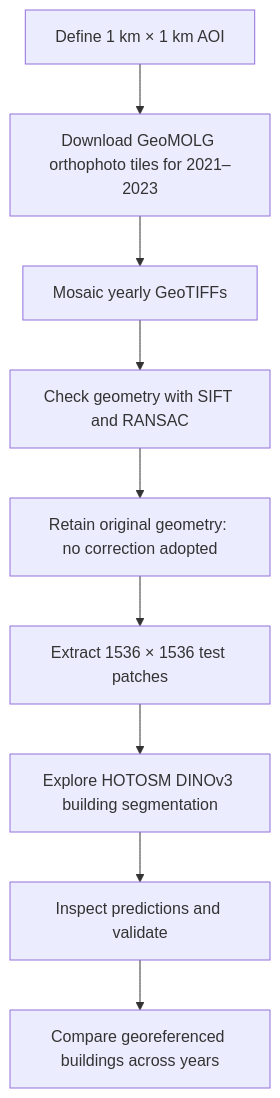
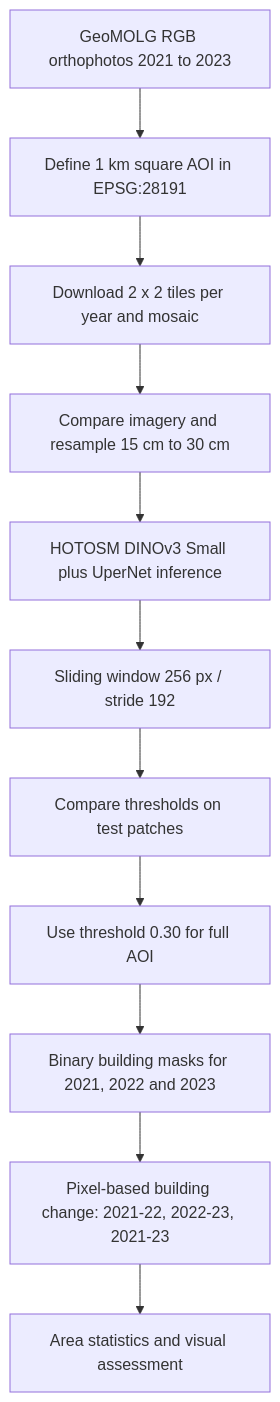
Before and after one commit to tommihab/Hebron-Analysis-Earth-Observation: the diagram in docs/workflows/khirbet_orthophoto_workflow.md, drawn with Mermaid. The commit also changed other lines of this file and 16 other files, not shown here.

````diff
--- a/docs/workflows/khirbet_orthophoto_workflow.md
+++ b/docs/workflows/khirbet_orthophoto_workflow.md
@@ -5,11 +5,13 @@
 ```mermaid
 flowchart TD
-  A[Define 1 km × 1 km AOI] --> B[Download GeoMOLG orthophoto tiles for 2021–2023]
-  B --> C[Mosaic yearly GeoTIFFs]
-  C --> D[Check geometry with SIFT and RANSAC]
-  D --> E[Retain original geometry: no correction adopted]
-  E --> F[Extract 1536 × 1536 test patches]
-  F --> G[Explore HOTOSM DINOv3 building segmentation]
-  G --> H[Inspect predictions and validate]
-  H --> I[Compare georeferenced buildings across years]
+    A[GeoMOLG RGB orthophotos 2021 to 2023] --> B[Define 1 km square AOI in EPSG:28191]
+    B --> C[Download 2 x 2 tiles per year and mosaic]
+    C --> D[Compare imagery and resample 15 cm to 30 cm]
+    D --> E[HOTOSM DINOv3 Small plus UperNet inference]
+    E --> F[Sliding window 256 px / stride 192]
+    F --> G[Compare thresholds on test patches]
+    G --> H[Use threshold 0.30 for full AOI]
+    H --> I[Binary building masks for 2021, 2022 and 2023]
+    I --> J[Pixel-based building change: 2021-22, 2022-23, 2021-23]
+    J --> K[Area statistics and visual assessment]
 ```
````
